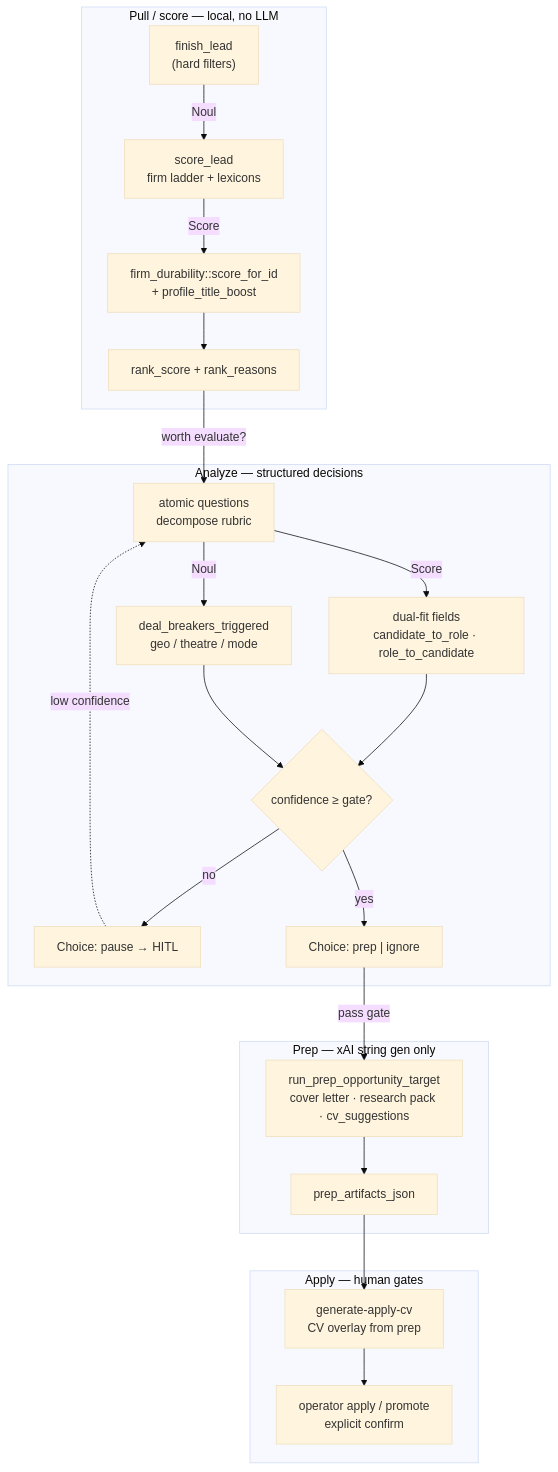
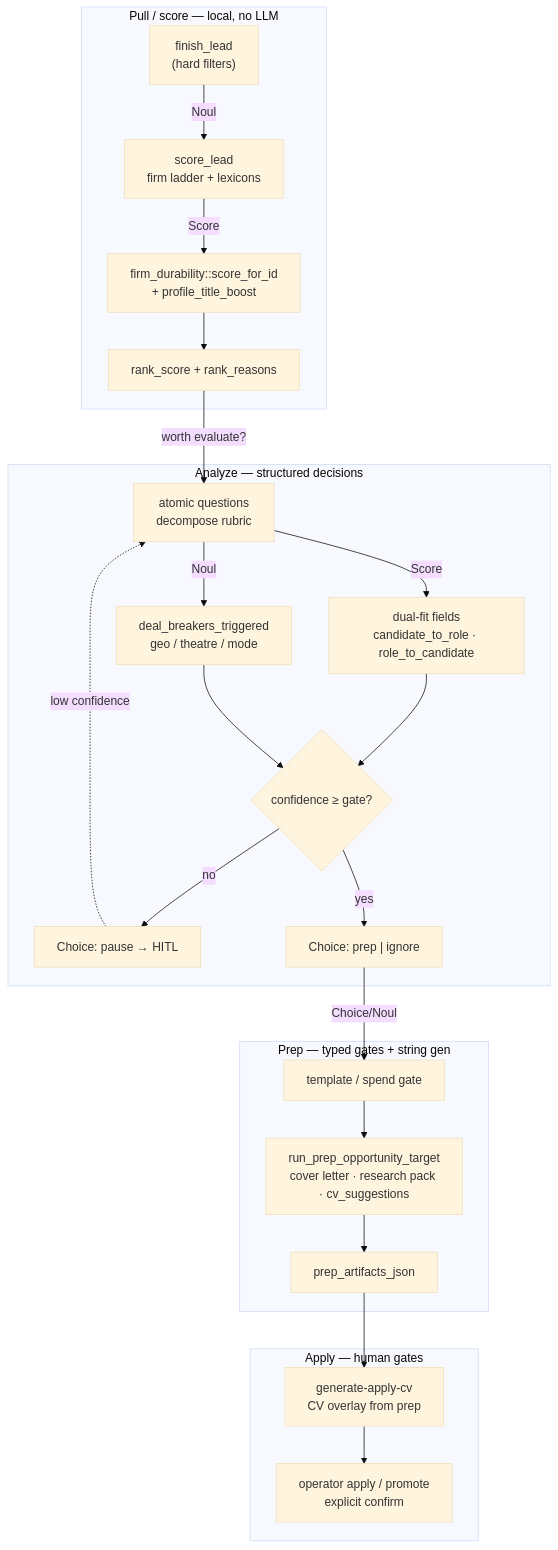
One commit to p10ns11y/collab-finder changed the diagram in docs/system-one-jev.md. Above: the diagram before and after it, drawn with Mermaid (base theme). The commit also changed other lines of this file and 1 other file, not shown here.

````diff
--- a/docs/system-one-jev.md
+++ b/docs/system-one-jev.md
@@ -38,30 +38,31 @@
 ```mermaid
 flowchart TB
   subgraph pull ["Pull / score — local, no LLM"]
     FL["finish_lead\n(hard filters)"] -->|Noul| SL["score_lead\nfirm ladder + lexicons"]
     SL -->|Score| FD["firm_durability::score_for_id\n+ profile_title_boost"]
     FD --> RS["rank_score + rank_reasons"]
   end
 
   subgraph analyze ["Analyze — structured decisions"]
     AQ["atomic questions\ndecompose rubric"] -->|Score| DF["dual-fit fields\ncandidate_to_role · role_to_candidate"]
     AQ -->|Noul| DB["deal_breakers_triggered\ngeo / theatre / mode"]
     DF --> CG{"confidence ≥ gate?"}
     DB --> CG
     CG -->|no| PA["Choice: pause → HITL"]
     CG -->|yes| PR["Choice: prep | ignore"]
   end
 
-  subgraph prep ["Prep — xAI string gen only"]
-    PR -->|pass gate| XP["run_prep_opportunity_target\ncover letter · research pack · cv_suggestions"]
+  subgraph prep ["Prep — typed gates + string gen"]
+    PR -->|Choice/Noul| TG["template / spend gate"]
+    TG --> XP["run_prep_opportunity_target\ncover letter · research pack · cv_suggestions"]
     XP --> SA["prep_artifacts_json"]
   end
 
   subgraph apply ["Apply — human gates"]
     SA --> CV["generate-apply-cv\nCV overlay from prep"]
     CV --> AP["operator apply / promote\nexplicit confirm"]
   end
 
   RS -->|"worth evaluate?"| AQ
   PA -.->|"low confidence"| AQ
 ```
````
